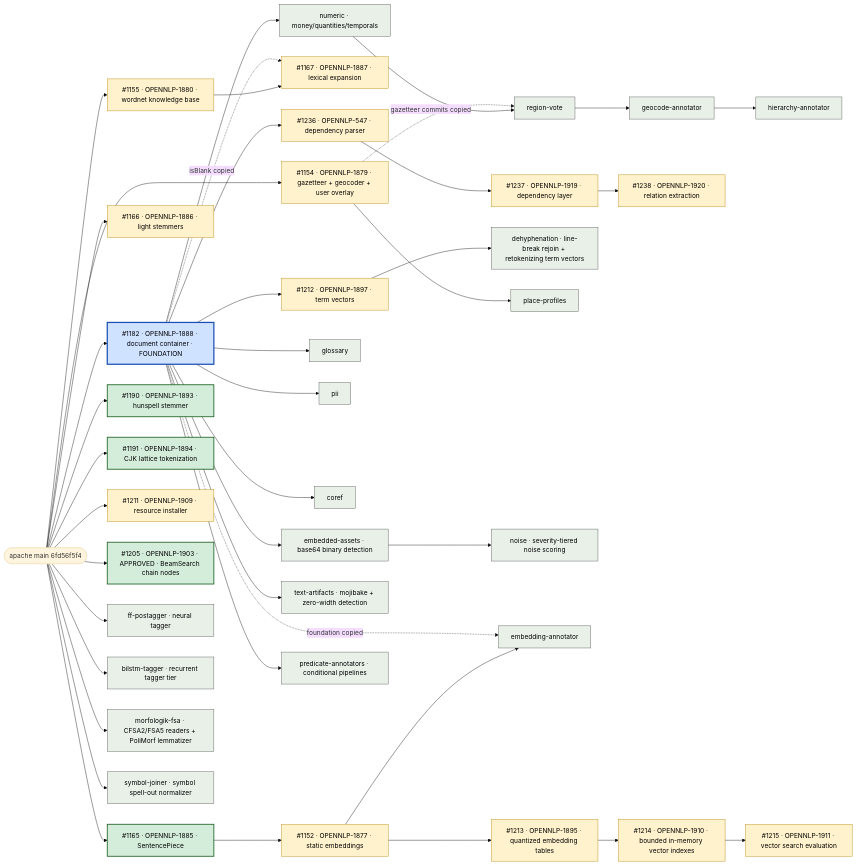
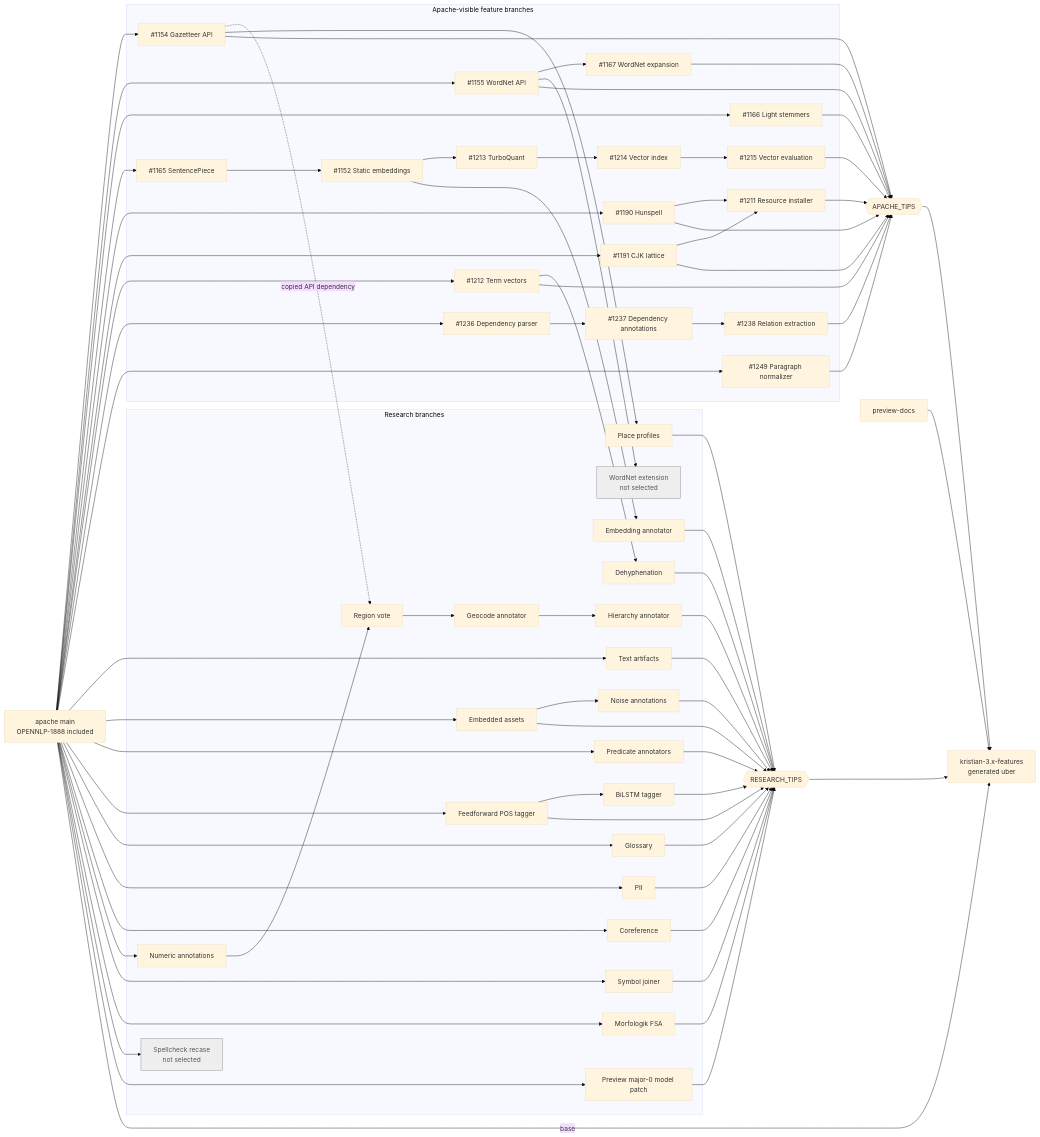
One commit to ai-pipestream/opennlp changed the diagram in RESEARCH_BRANCHES.md. Above: the diagram before and after it, drawn with Mermaid (base theme). The commit also changed other lines of this file and 1 other file, not shown here.

Commit message:
docs: refresh preview branch topology

````diff
--- a/RESEARCH_BRANCHES.md
+++ b/RESEARCH_BRANCHES.md
@@ -61,67 +38,120 @@
 ```mermaid
 flowchart LR
-  main(["apache main 6fd56f5f4"])
+  main["apache main<br/>OPENNLP-1888 included"]
+  uber["kristian-3.x-features<br/>generated uber"]
+  apacheTips{{"APACHE_TIPS"}}
+  researchTips{{"RESEARCH_TIPS"}}
 
-  %% ---- open pull requests against apache/opennlp ----
-  main --> p1182["#1182 · OPENNLP-1888 · document container · FOUNDATION"]
-  main --> d1154["#1154 · OPENNLP-1879 · gazetteer + geocoder + user overlay"]
-  main --> d1155["#1155 · OPENNLP-1880 · wordnet knowledge base"]
-  d1155 --> d1167["#1167 · OPENNLP-1887 · lexical expansion"]
-  p1182 -. isBlank copied .-> d1167
-  main --> d1166["#1166 · OPENNLP-1886 · light stemmers"]
-  main --> d1165["#1165 · OPENNLP-1885 · SentencePiece"]
-  d1165 --> d1152["#1152 · OPENNLP-1877 · static embeddings"]
-  d1152 --> p1213["#1213 · OPENNLP-1895 · quantized embedding tables"]
-  p1213 --> p1214["#1214 · OPENNLP-1910 · bounded in-memory vector indexes"]
-  p1214 --> p1215["#1215 · OPENNLP-1911 · vector search evaluation"]
-  main --> huns["#1190 · OPENNLP-1893 · hunspell stemmer"]
-  main --> cjk["#1191 · OPENNLP-1894 · CJK lattice tokenization"]
-  main --> p1211["#1211 · OPENNLP-1909 · resource installer"]
+  subgraph apache["Apache-visible feature branches"]
+    gaz["#1154 Gazetteer API"]
+    wordnet["#1155 WordNet API"]
+    expansion["#1167 WordNet expansion"]
+    light["#1166 Light stemmers"]
+    sentencepiece["#1165 SentencePiece"]
+    static["#1152 Static embeddings"]
+    turbo["#1213 TurboQuant"]
+    vector["#1214 Vector index"]
+    evaluation["#1215 Vector evaluation"]
+    hunspell["#1190 Hunspell"]
+    lattice["#1191 CJK lattice"]
+    installer["#1211 Resource installer"]
+    termvector["#1212 Term vectors"]
+    parser["#1236 Dependency parser"]
+    dependency["#1237 Dependency annotations"]
+    relation["#1238 Relation extraction"]
+    paragraph["#1249 Paragraph normalizer"]
+  end
 
-  %% ---- open fix pull requests against apache/opennlp ----
-  main --> p1205["#1205 · OPENNLP-1903 · APPROVED · BeamSearch chain nodes"]
+  subgraph research["Research branches"]
+    artifacts["Text artifacts"]
+    assets["Embedded assets"]
+    noise["Noise annotations"]
+    predicates["Predicate annotators"]
+    ffpos["Feedforward POS tagger"]
+    bilstm["BiLSTM tagger"]
+    glossary["Glossary"]
+    pii["PII"]
+    coref["Coreference"]
+    numeric["Numeric annotations"]
+    region["Region vote"]
+    geocode["Geocode annotator"]
+    hierarchy["Hierarchy annotator"]
+    profiles["Place profiles"]
+    embedding["Embedding annotator"]
+    symbols["Symbol joiner"]
+    morfologik["Morfologik FSA"]
+    dehyphenation["Dehyphenation"]
+    recase["Spellcheck recase<br/>not selected"]
+    wordnetExtension["WordNet extension<br/>not selected"]
+    major0["Preview major-0 model patch"]
+  end
 
-  p1182 --> p1212["#1212 · OPENNLP-1897 · term vectors"]
-  p1182 --> p1236["#1236 · OPENNLP-547 · dependency parser"]
-  p1236 --> p1237["#1237 · OPENNLP-1919 · dependency layer"]
-  p1237 --> p1238["#1238 · OPENNLP-1920 · relation extraction"]
+  previewDocs["preview-docs"]
 
-  %% ---- staged engines (this fork only) ----
-  main --> fftag["ff-postagger · neural tagger"]
-  main --> bilstm["bilstm-tagger · recurrent tagger tier"]
-  main --> morf["morfologik-fsa · CFSA2/FSA5 readers + PoliMorf lemmatizer"]
-  main --> sjoin["symbol-joiner · symbol spell-out normalizer"]
-  p1212 --> dehyp["dehyphenation · line-break rejoin + retokenizing term vectors"]
-  d1154 --> prof["place-profiles"]
+  main --> gaz
+  main --> wordnet --> expansion
+  main --> light
+  main --> sentencepiece --> static --> turbo --> vector --> evaluation
+  main --> hunspell
+  main --> lattice
+  hunspell --> installer
+  lattice --> installer
+  main --> termvector
+  main --> parser --> dependency --> relation
+  main --> paragraph
 
-  %% ---- staged annotators over the document container ----
-  p1182 --> glos["glossary"]
-  p1182 --> pii["pii"]
-  p1182 --> coref["coref"]
-  p1182 --> num["numeric · money/quantities/temporals"]
+  main --> artifacts
+  main --> assets --> noise
+  main --> predicates
+  main --> ffpos --> bilstm
+  main --> glossary
+  main --> pii
+  main --> coref
+  main --> numeric --> region --> geocode --> hierarchy
+  gaz -. copied API dependency .-> region
+  gaz --> profiles
+  static --> embedding
+  termvector --> dehyphenation
+  main --> symbols
+  main --> morfologik
+  main --> recase
+  wordnet --> wordnetExtension
+  main --> major0
 
-  %% ---- text-hygiene pack over the document container ----
-  p1182 --> tart["text-artifacts · mojibake + zero-width detection"]
-  p1182 --> asset["embedded-assets · base64 binary detection"]
-  asset --> noiz["noise · severity-tiered noise scoring"]
-  p1182 --> pred["predicate-annotators · conditional pipelines"]
+  gaz --> apacheTips
+  wordnet --> apacheTips
+  expansion --> apacheTips
+  light --> apacheTips
+  hunspell --> apacheTips
+  lattice --> apacheTips
+  installer --> apacheTips
+  termvector --> apacheTips
+  evaluation --> apacheTips
+  relation --> apacheTips
+  paragraph --> apacheTips
 
-  d1152 --> emb["embedding-annotator"]
-  p1182 -. foundation copied .-> emb
+  artifacts --> researchTips
+  assets --> researchTips
+  noise --> researchTips
+  predicates --> researchTips
+  ffpos --> researchTips
+  bilstm --> researchTips
+  glossary --> researchTips
+  pii --> researchTips
+  coref --> researchTips
+  hierarchy --> researchTips
+  profiles --> researchTips
+  embedding --> researchTips
+  symbols --> researchTips
+  morfologik --> researchTips
+  dehyphenation --> researchTips
+  major0 --> researchTips
 
-  num --> rvote["region-vote"]
-  d1154 -. gazetteer commits copied .-> rvote
-  rvote --> geo["geocode-annotator"]
-  geo --> hier["hierarchy-annotator"]
+  main -->|base| uber
+  apacheTips --> uber
+  researchTips --> uber
+  previewDocs --> uber
 
-  classDef ready fill:#d4edda,stroke:#1b5e20,color:#000,stroke-width:2px;
-  classDef draft fill:#fff2cc,stroke:#b8860b,color:#000;
-  classDef foundation fill:#cfe2ff,stroke:#1c4fb3,color:#000,stroke-width:3px;
-  classDef filed fill:#e6d9f2,stroke:#5b3a8e,color:#000,stroke-width:2px;
-  classDef cut fill:#e8f0e8,stroke:#555,color:#000;
-
-  class d1165,huns,cjk,p1205 ready;
-  class d1152,d1154,d1155,d1166,d1167,p1211,p1212,p1213,p1214,p1215,p1236,p1237,p1238 draft;
-  class p1182 foundation;
-  class fftag,bilstm,morf,sjoin,dehyp,prof,glos,pii,coref,num,tart,asset,noiz,pred,geo,hier,rvote,emb cut;
+  classDef parked fill:#eee,stroke:#888,color:#555;
+  class recase,wordnetExtension parked;
 ```
````
